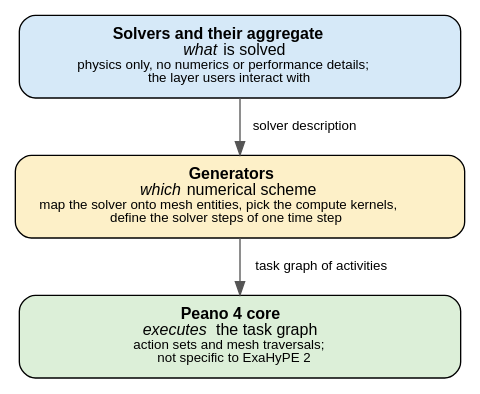
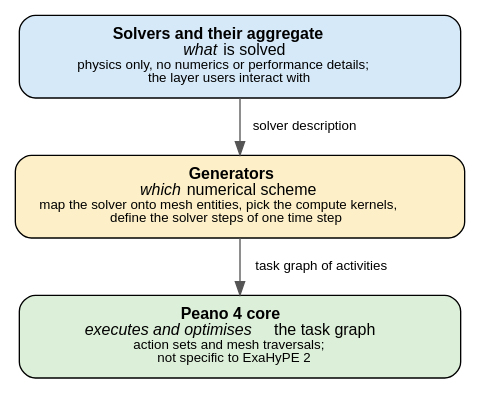
Before and after one commit to TimStokes47/peano: the diagram in documentation/exahype2/design/python-architecture-layers.dot, drawn with Graphviz. The commit also changed 1 other file, not shown here.

Commit message:
ExaHyPE 2 docs: Peano 4 core layer executes and optimises the task graph

```diff
--- a/documentation/exahype2/design/python-architecture-layers.dot
+++ b/documentation/exahype2/design/python-architecture-layers.dot
@@ -1,19 +1,19 @@
 // Three layers of the ExaHyPE 2 Python architecture, as discussed on
 // page_exahype_design_philosophy. Regenerate the PNG via
 //
 //   dot -Tpng -Gdpi=110 python-architecture-layers.dot -o python-architecture-layers.png
 //
 digraph PythonArchitectureLayers {
   rankdir=TB;
   nodesep=0.4;
   ranksep=0.45;
   node [shape=box, style="rounded,filled", fontname="Helvetica", fontsize=12, width=4.6, margin="0.25,0.12"];
   edge [fontname="Helvetica", fontsize=10, color="#555555"];
 
   solver [fillcolor="#d6e9f8", label=<<b>Solvers and their aggregate</b><br/><i>what</i> is solved<br/><font point-size="10">physics only, no numerics or performance details;<br/>the layer users interact with</font>>];
   generators [fillcolor="#fdf0c8", label=<<b>Generators</b><br/><i>which</i> numerical scheme<br/><font point-size="10">map the solver onto mesh entities, pick the compute kernels,<br/>define the solver steps of one time step</font>>];
-  peano [fillcolor="#dcefd8", label=<<b>Peano 4 core</b><br/><i>executes</i> the task graph<br/><font point-size="10">action sets and mesh traversals;<br/>not specific to ExaHyPE 2</font>>];
+  peano [fillcolor="#dcefd8", label=<<b>Peano 4 core</b><br/><i>executes and optimises</i> the task graph<br/><font point-size="10">action sets and mesh traversals;<br/>not specific to ExaHyPE 2</font>>];
 
   solver -> generators [label="  solver description"];
   generators -> peano [label="  task graph of activities"];
 }
```
